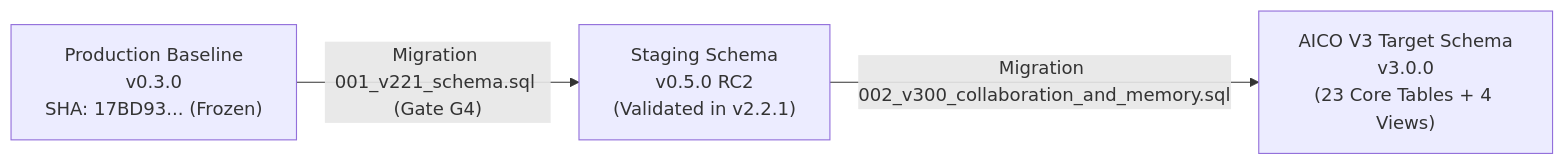
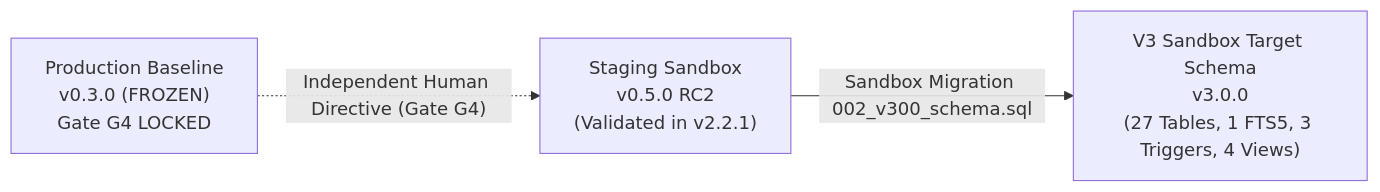
Before and after one commit to kietpro352010/AICO: the second of 2 diagrams in docs/blueprint/v3/03_DOMAIN_AND_DATABASE_DESIGN.md, drawn with Mermaid. The commit also changed other lines of this file and 11 other files, not shown here.

````diff
--- a/docs/blueprint/v3/03_DOMAIN_AND_DATABASE_DESIGN.md
+++ b/docs/blueprint/v3/03_DOMAIN_AND_DATABASE_DESIGN.md
@@ -447,9 +476,9 @@
 ```mermaid
 flowchart LR
-    V030["Production Baseline\nv0.3.0\nSHA: 17BD93... (Frozen)"]
-    RC2["Staging Schema\nv0.5.0 RC2\n(Validated in v2.2.1)"]
-    V3["AICO V3 Target Schema\nv3.0.0\n(23 Core Tables + 4 Views)"]
+    V030["Production Baseline\nv0.3.0 (FROZEN)\nGate G4 LOCKED"]
+    RC2["Staging Sandbox\nv0.5.0 RC2\n(Validated in v2.2.1)"]
+    V3["V3 Sandbox Target Schema\nv3.0.0\n(27 Tables, 1 FTS5, 3 Triggers, 4 Views)"]
 
-    V030 -->|"Migration 001_v221_schema.sql (Gate G4)"| RC2
-    RC2 -->|"Migration 002_v300_collaboration_and_memory.sql"| V3
+    V030 -. "Independent Human Directive (Gate G4)" .-> RC2
+    RC2 -->|"Sandbox Migration 002_v300_schema.sql"| V3
 ```
````
